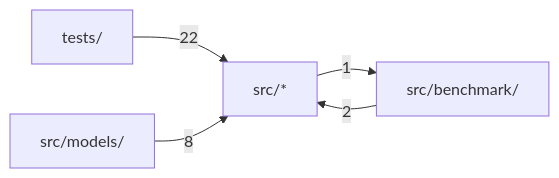
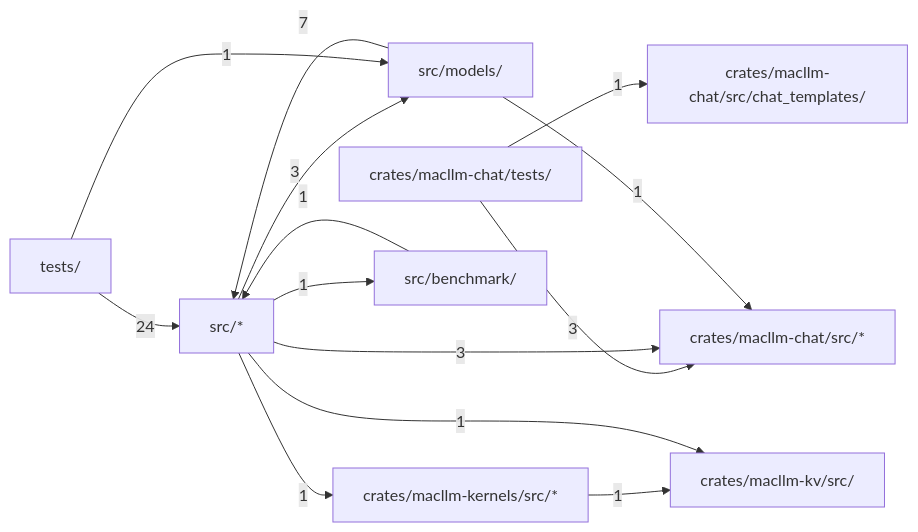
One commit to lhwzds/macllm-infer changed the second of 2 diagrams in docs/public/all.md. Above: the diagram before and after it, drawn with Mermaid. The commit also changed other lines of this file and 59 other files, not shown here.

Commit message:
Docs: follow 789a982 (workspace crates, cuda device, generic Jinja templates, tool_choice auto, serve flags)

````diff
--- a/docs/public/all.md
+++ b/docs/public/all.md
@@ -362,11 +408,25 @@
 ```mermaid
 flowchart LR
-  a3["src/*"]
-  a4["src/benchmark/"]
-  a6["src/models/"]
-  a7["tests/"]
-  a7 -->|22| a3
-  a6 -->|8| a3
-  a4 -->|2| a3
-  a3 -->|1| a4
+  a3["crates/macllm-chat/src/*"]
+  a4["crates/macllm-chat/src/chat_templates/"]
+  a5["crates/macllm-chat/tests/"]
+  a7["crates/macllm-kernels/src/*"]
+  a10["crates/macllm-kv/src/"]
+  a12["src/*"]
+  a13["src/benchmark/"]
+  a14["src/models/"]
+  a15["tests/"]
+  a15 -->|24| a12
+  a14 -->|7| a12
+  a5 -->|3| a3
+  a12 -->|3| a3
+  a12 -->|3| a14
+  a5 -->|1| a4
+  a7 -->|1| a10
+  a12 -->|1| a7
+  a12 -->|1| a10
+  a12 -->|1| a13
+  a13 -->|1| a12
+  a14 -->|1| a3
+  a15 -->|1| a14
 ```
````
